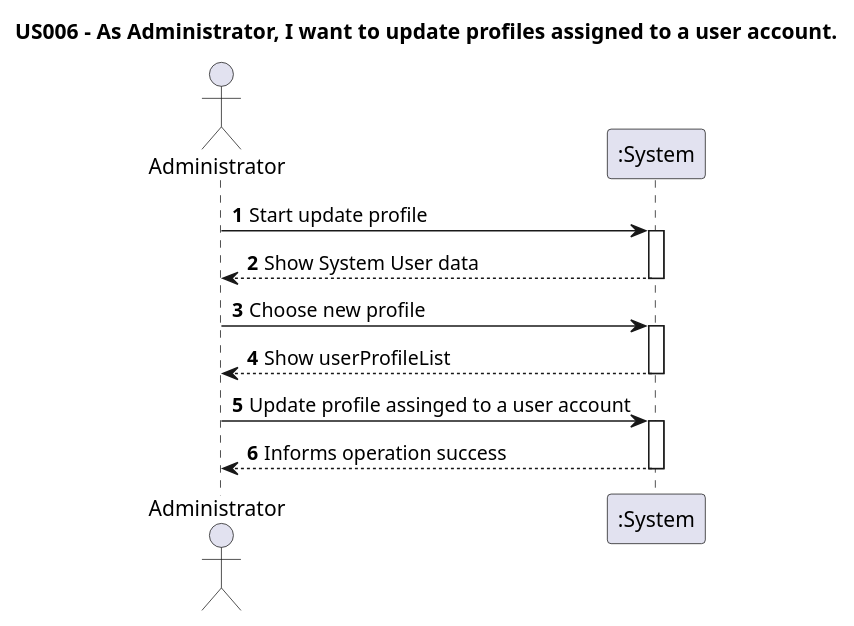
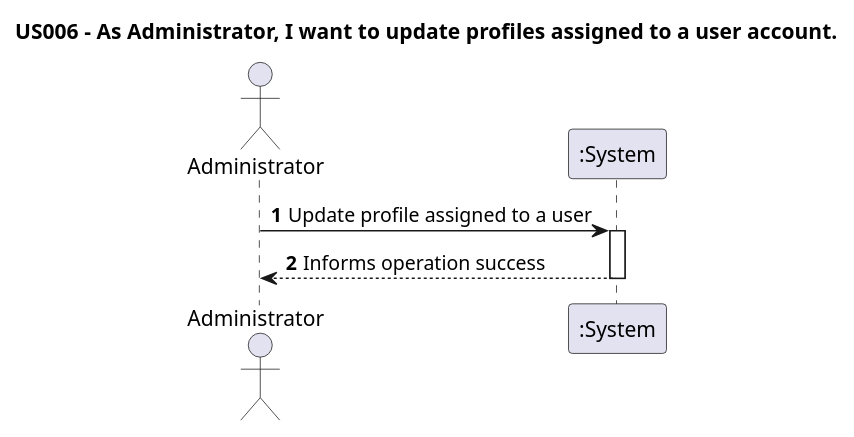
One commit to nunogon1211787/projectManagement changed the diagram in docs/Sprint1/US006/US006-SSD.puml. Above: the diagram before and after it, drawn with PlantUML. The commit also changed 49 other files, not shown here.

```diff
--- a/docs/Sprint1/US006/US006-SSD.puml
+++ b/docs/Sprint1/US006/US006-SSD.puml
@@ -1,18 +1,14 @@
 @startuml
 
 title "US006 - As Administrator, I want to update profiles assigned to a user account."
 
 autoactivate on
 autonumber
 
 actor "Administrator" as Administrator
 participant ":System" as System
 
-Administrator -> System: Start update profile
-return Show System User data
-Administrator -> System: Choose new profile
-return Show userProfileList
-Administrator -> System: Update profile assinged to a user account
+Administrator -> System: Update profile assigned to a user
 return Informs operation success
 
 @enduml
```
